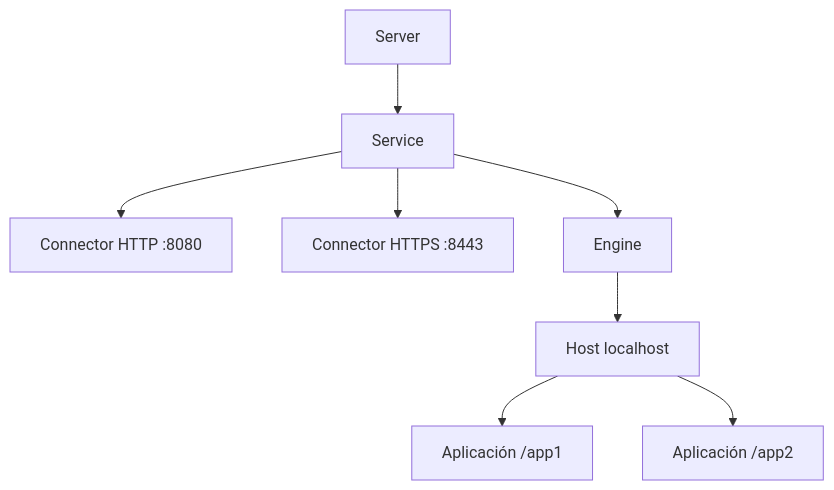
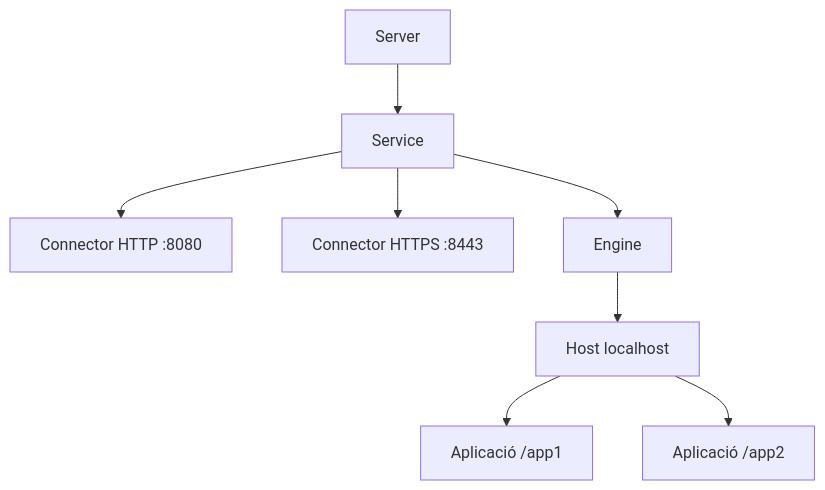
The second of 5 diagrams in docs/daw-daw/up3/02-configuracion-bibliotecas.md (jordicido/jordicina), drawn with Mermaid before and after one commit. The commit also changed other lines of this file and 10 other files, not shown here.

````diff
--- a/docs/daw-daw/up3/02-configuracion-bibliotecas.md
+++ b/docs/daw-daw/up3/02-configuracion-bibliotecas.md
@@ -169,10 +169,10 @@
 ```mermaid
 flowchart TD
     S["Server"] --> SV["Service"]
     SV --> C1["Connector HTTP :8080"]
     SV --> C2["Connector HTTPS :8443"]
     SV --> E["Engine"]
     E --> H["Host localhost"]
-    H --> A1["Aplicación /app1"]
-    H --> A2["Aplicación /app2"]
+    H --> A1["Aplicació /app1"]
+    H --> A2["Aplicació /app2"]
 ```
````
